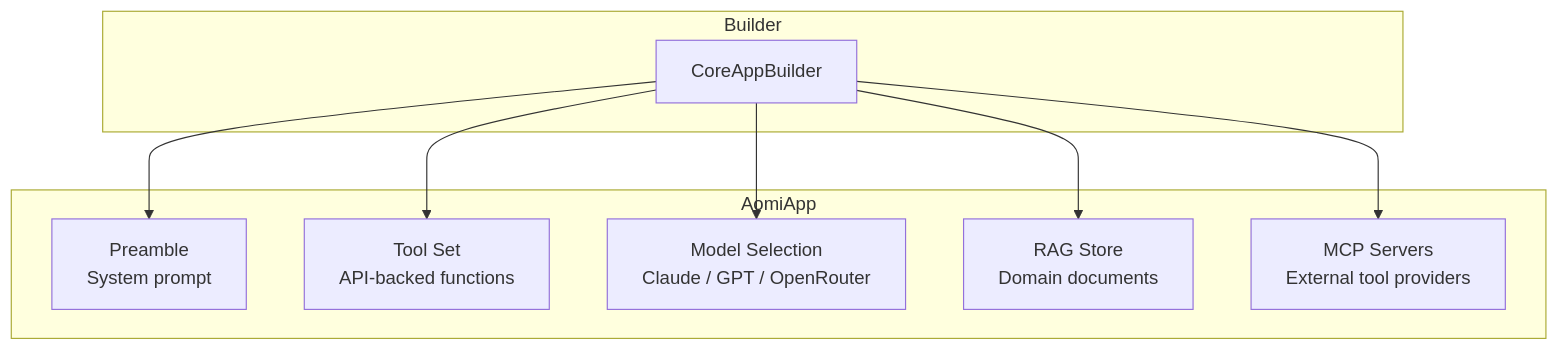
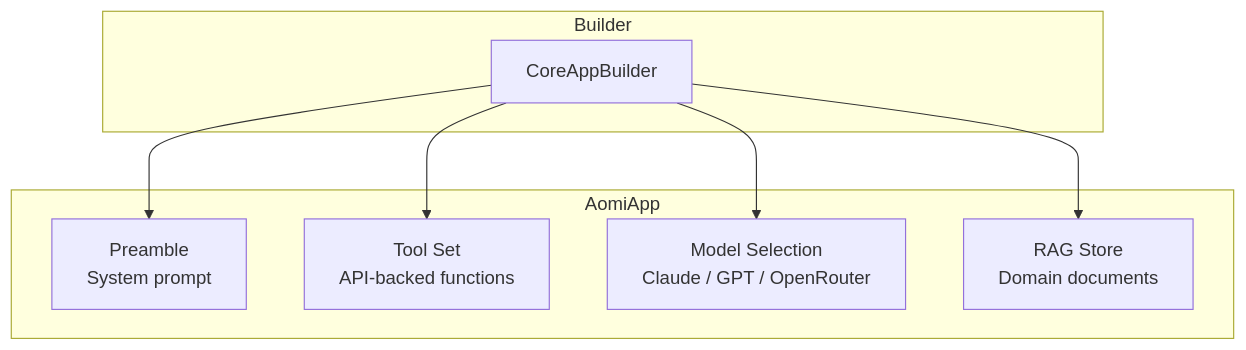
One commit to aomi-labs/aomi-widget changed the first of 3 diagrams in apps/landing/content/guides/build/services/building-apps.mdx. Above: the diagram before and after it, drawn with Mermaid. The commit also changed other lines of this file and 115 other files, not shown here.

````diff
--- a/apps/landing/content/guides/build/services/building-apps.mdx
+++ b/apps/landing/content/guides/build/services/building-apps.mdx
@@ -22,20 +21,18 @@
 ```mermaid
 flowchart TB
     subgraph "AomiApp"
         PREAMBLE[Preamble<br/>System prompt]
         TOOLS[Tool Set<br/>API-backed functions]
         MODEL[Model Selection<br/>Claude / GPT / OpenRouter]
         RAG[RAG Store<br/>Domain documents]
-        MCP[MCP Servers<br/>External tool providers]
     end
 
     subgraph "Builder"
         B[CoreAppBuilder]
     end
 
     B --> PREAMBLE
     B --> TOOLS
     B --> MODEL
     B --> RAG
-    B --> MCP
 ```
````
